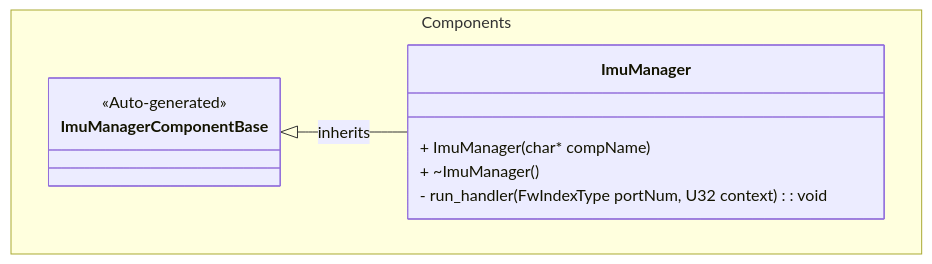
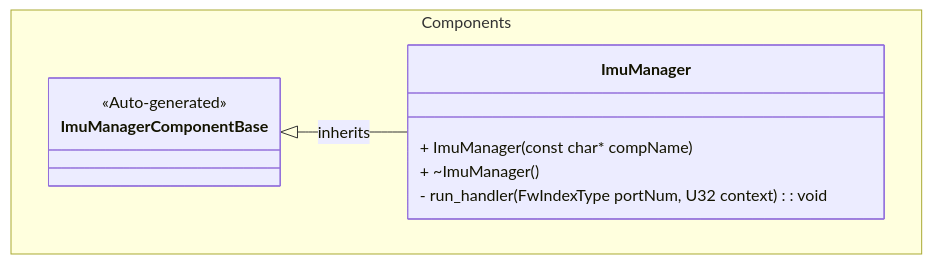
Before and after one commit to Open-Source-Space-Foundation/proves-core-reference: the first of 2 diagrams in FprimeZephyrReference/Components/ImuManager/docs/sdd.md, drawn with Mermaid. The commit also changed other lines of this file and 11 other files, not shown here.

````diff
--- a/FprimeZephyrReference/Components/ImuManager/docs/sdd.md
+++ b/FprimeZephyrReference/Components/ImuManager/docs/sdd.md
@@ -19,14 +19,14 @@
 ```mermaid
 classDiagram
     namespace Components {
         class ImuManagerComponentBase {
             <<Auto-generated>>
         }
         class ImuManager {
-            + ImuManager(char* compName)
+            + ImuManager(const char* compName)
             + ~ImuManager()
             - run_handler(FwIndexType portNum, U32 context): void
         }
     }
     ImuManagerComponentBase <|-- ImuManager : inherits
 ```
````
